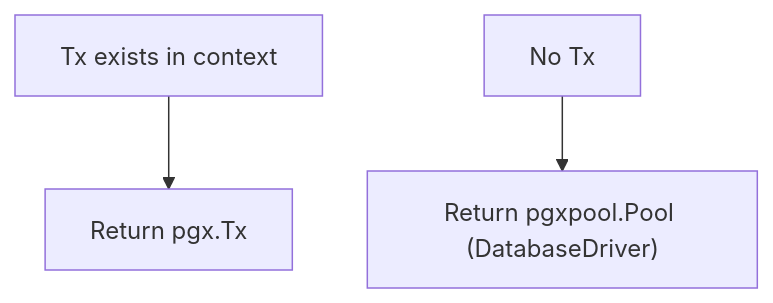
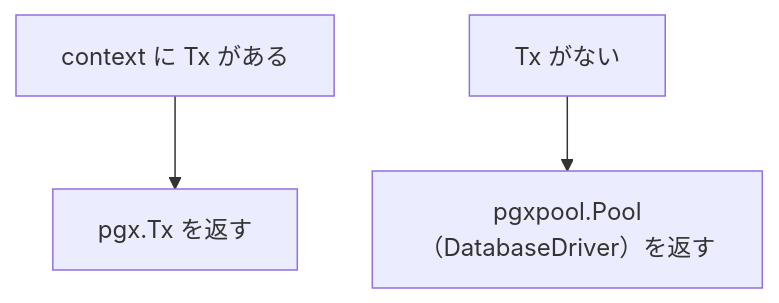
The fourth of 4 diagrams in internal/infrastructure/rdb/driver/README.md (Tomy-ch/go-boilerplate), drawn with Mermaid before and after one commit. The commit also changed other lines of this file and 970 other files, not shown here.

````diff
--- a/internal/infrastructure/rdb/driver/README.md
+++ b/internal/infrastructure/rdb/driver/README.md
@@ -124,5 +126,5 @@
 ```mermaid
 flowchart TB
-    HasTx["Tx exists in context"] --> ReturnTx["Return pgx.Tx"]
-    NoTx["No Tx"] --> ReturnDB["Return pgxpool.Pool (DatabaseDriver)"]
+    HasTx["context に Tx がある"] --> ReturnTx["pgx.Tx を返す"]
+    NoTx["Tx がない"] --> ReturnDB["pgxpool.Pool（DatabaseDriver）を返す"]
 ```
````
